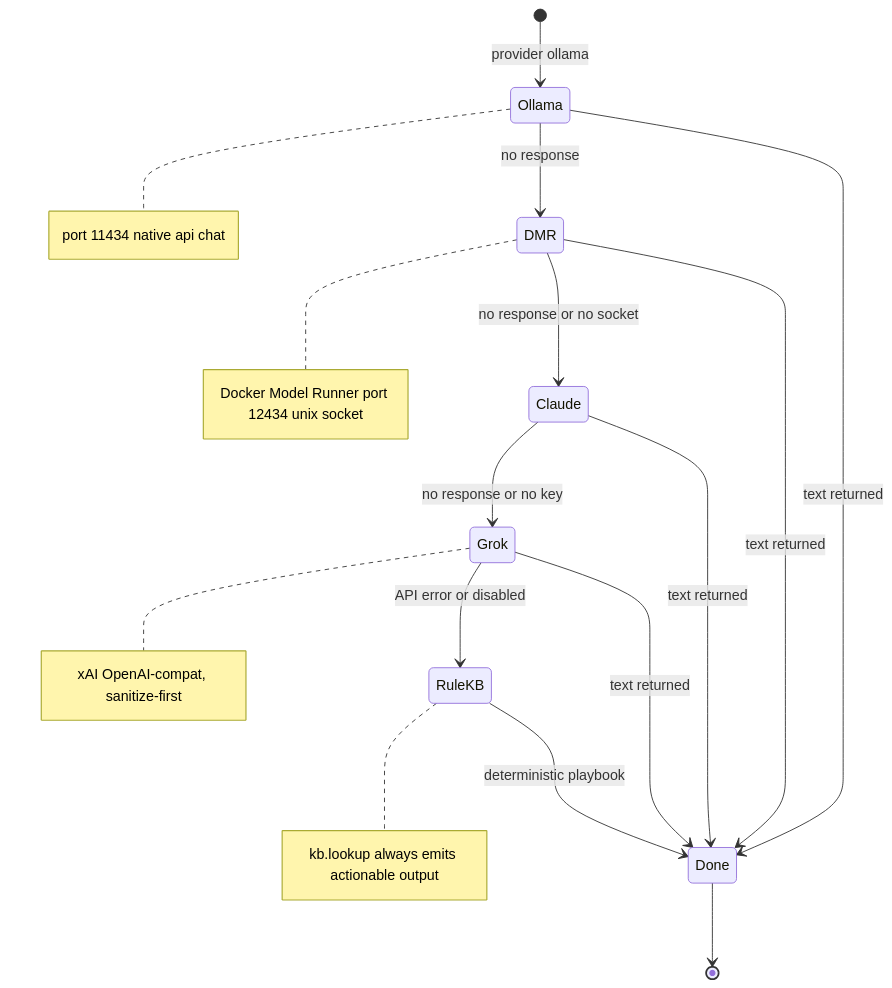
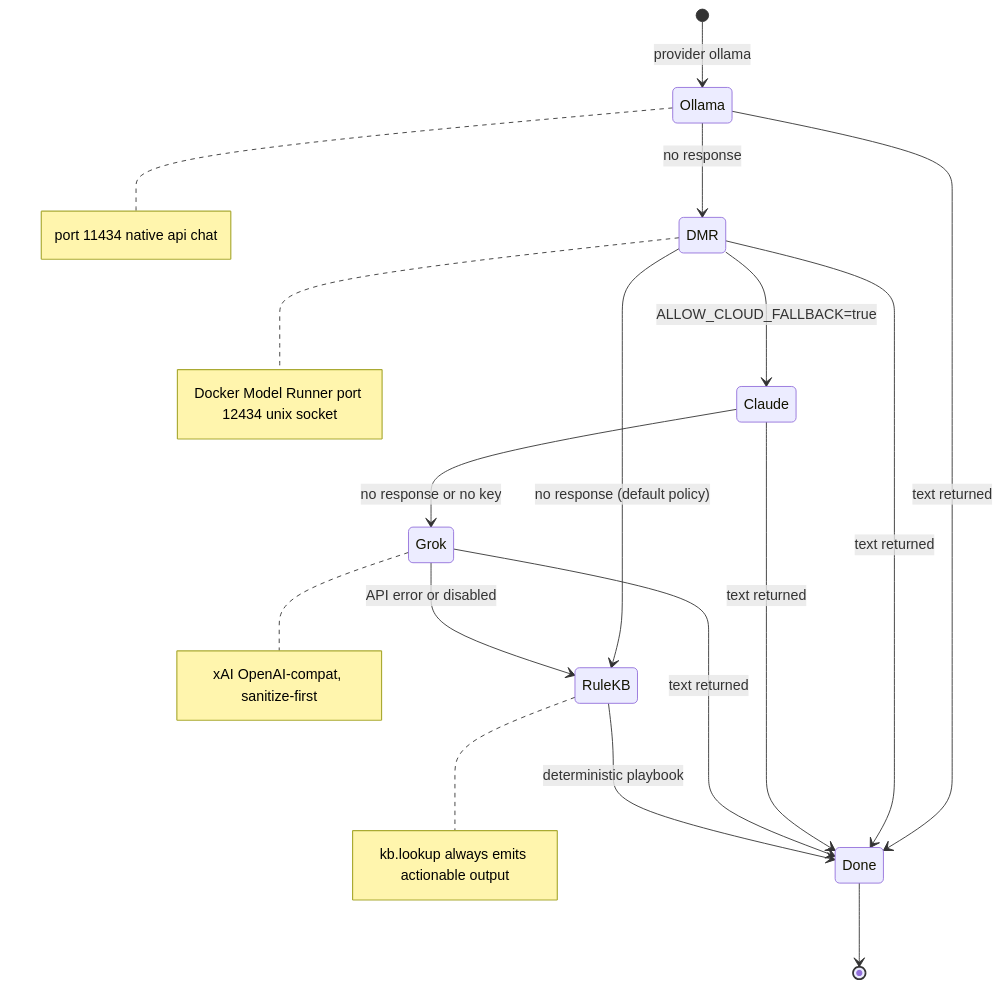
The fifth of 7 diagrams in docs/ARCHITECTURE.md (gesh75/netlog-ai), drawn with Mermaid before and after one commit. The commit also changed other lines of this file and 16 other files, not shown here.

````diff
--- a/docs/ARCHITECTURE.md
+++ b/docs/ARCHITECTURE.md
@@ -225,21 +231,22 @@
 ```mermaid
 stateDiagram-v2
     [*] --> Ollama: provider ollama
     Ollama --> DMR: no response
-    DMR --> Claude: no response or no socket
+    DMR --> RuleKB: no response (default policy)
+    DMR --> Claude: ALLOW_CLOUD_FALLBACK=true
     Claude --> Grok: no response or no key
     Grok --> RuleKB: API error or disabled
 
     Ollama --> Done: text returned
     DMR --> Done: text returned
     Claude --> Done: text returned
     Grok --> Done: text returned
     RuleKB --> Done: deterministic playbook
 
     Done --> [*]
 
     note right of Ollama : port 11434 native api chat
     note right of DMR : Docker Model Runner port 12434 unix socket
     note right of Grok : xAI OpenAI-compat, sanitize-first
     note right of RuleKB : kb.lookup always emits actionable output
 ```
````
